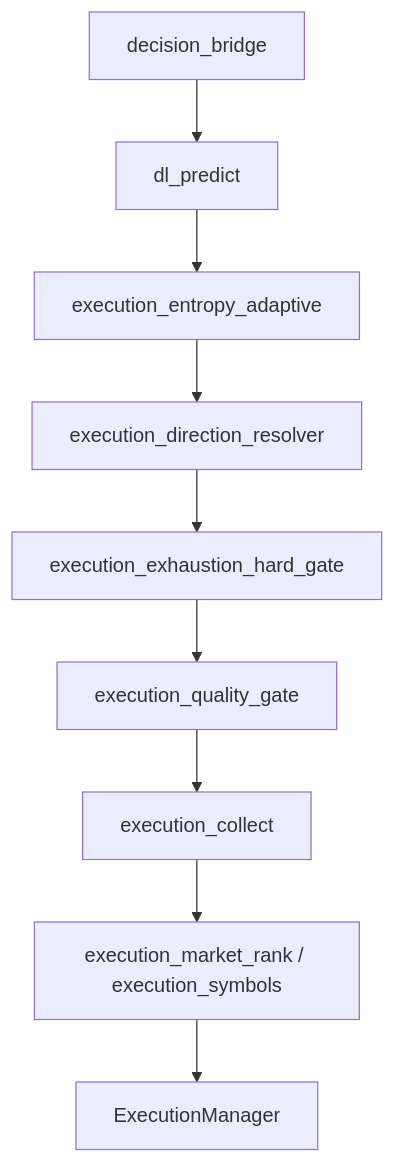
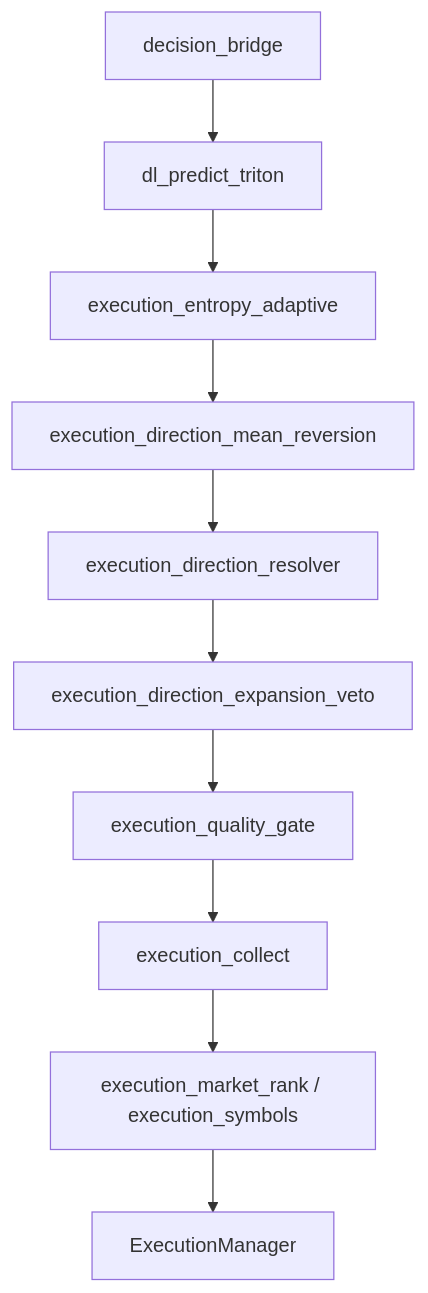
The diagram in docs/structure.md (victorh-silveira/aether-quantum-engine), drawn with Mermaid before and after one commit. The commit also changed other lines of this file and 63 other files, not shown here.

First line of the commit message:
feat(infra): Triton gRPC concorrente, mean-reversion e Kelly com consensus penalty

````diff
--- a/docs/structure.md
+++ b/docs/structure.md
@@ -53,11 +60,12 @@
 ```mermaid
 flowchart TD
-  BR[decision_bridge] --> PRED[dl_predict]
+  BR[decision_bridge] --> PRED[dl_predict_triton]
   PRED --> ENT[execution_entropy_adaptive]
-  ENT --> RES[execution_direction_resolver]
-  RES --> HG[execution_exhaustion_hard_gate]
-  HG --> QG[execution_quality_gate]
+  ENT --> MRF[execution_direction_mean_reversion]
+  MRF --> RES[execution_direction_resolver]
+  RES --> EXP[execution_direction_expansion_veto]
+  EXP --> QG[execution_quality_gate]
   QG --> COL[execution_collect]
   COL --> RANK[execution_market_rank / execution_symbols]
   RANK --> EM[ExecutionManager]
 ```
````
